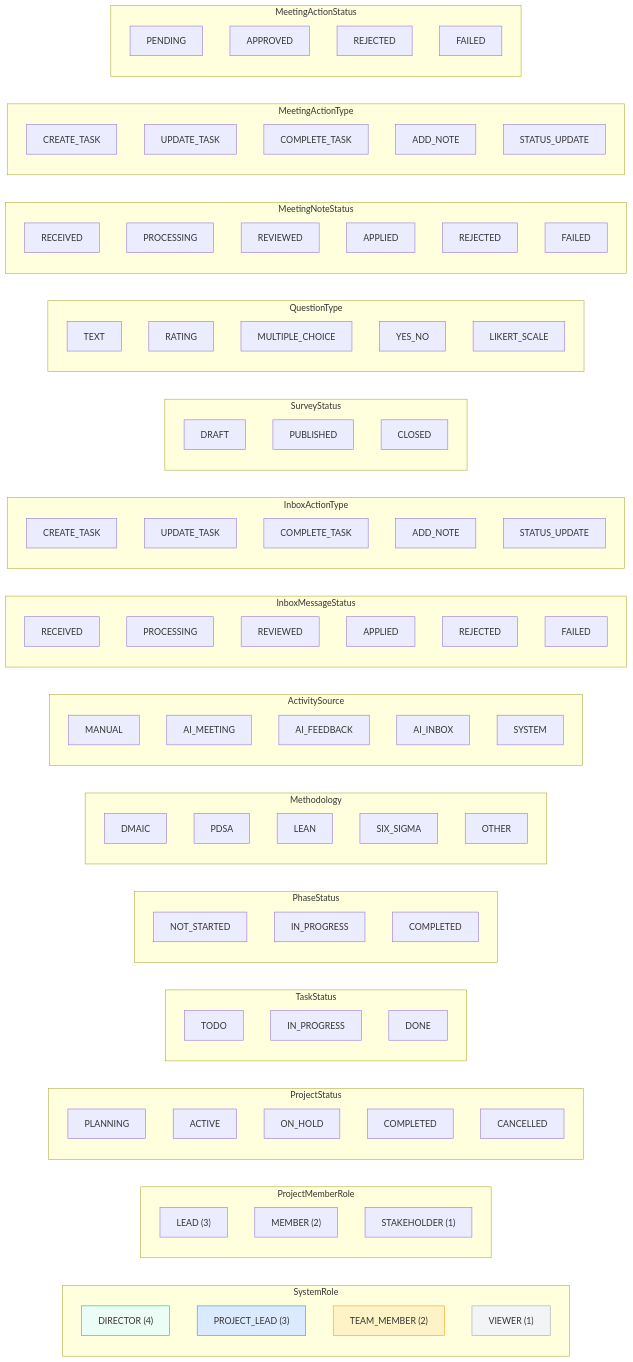
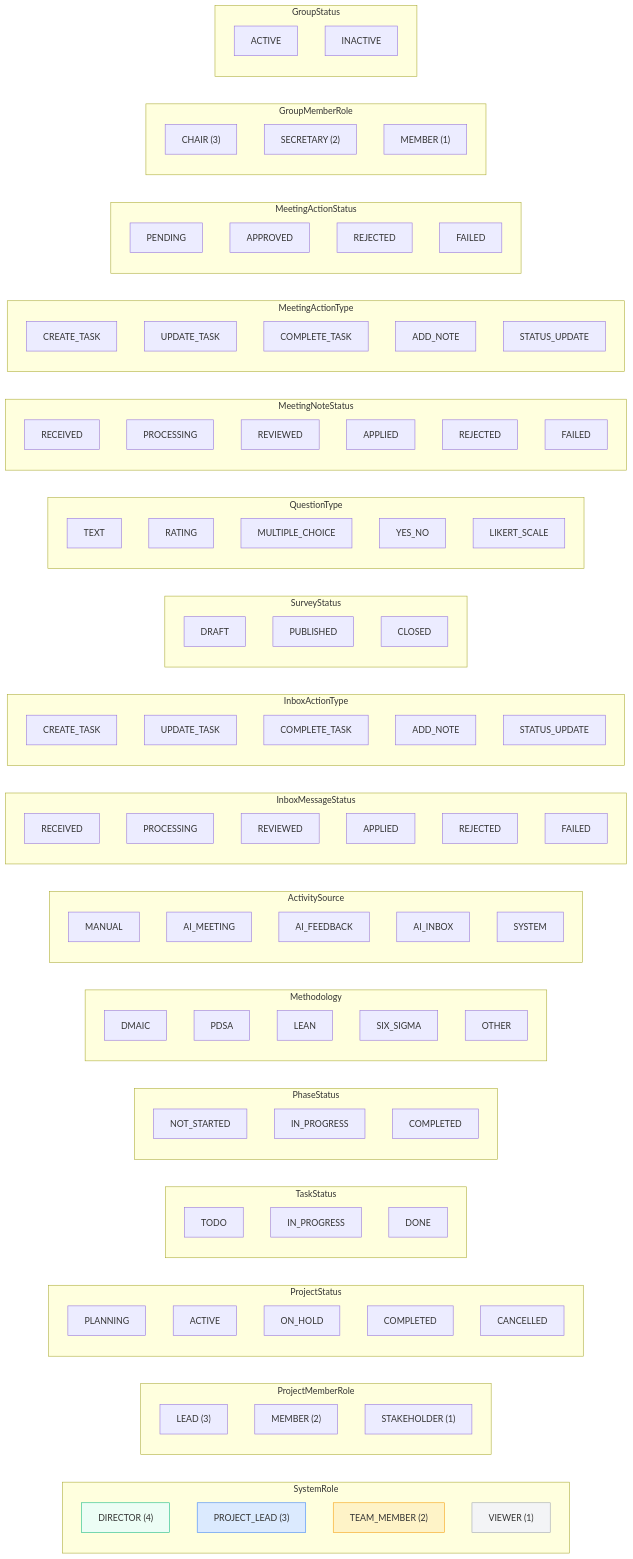
One commit to akbarherekar/QIapp changed the ninth of 17 diagrams in docs/diagrams.md. Above: the diagram before and after it, drawn with Mermaid. The commit also changed other lines of this file and 41 other files, not shown here.

```diff
--- a/docs/diagrams.md
+++ b/docs/diagrams.md
@@ -604,6 +640,17 @@
         MAS4["FAILED"]
     end
 
+    subgraph "GroupMemberRole"
+        GMR1["CHAIR (3)"]
+        GMR2["SECRETARY (2)"]
+        GMR3["MEMBER (1)"]
+    end
+
+    subgraph "GroupStatus"
+        GS1["ACTIVE"]
+        GS2["INACTIVE"]
+    end
+
     style SR1 fill:#ecfdf5,stroke:#10b981
     style SR2 fill:#dbeafe,stroke:#3b82f6
     style SR3 fill:#fef3c7,stroke:#f59e0b
```
